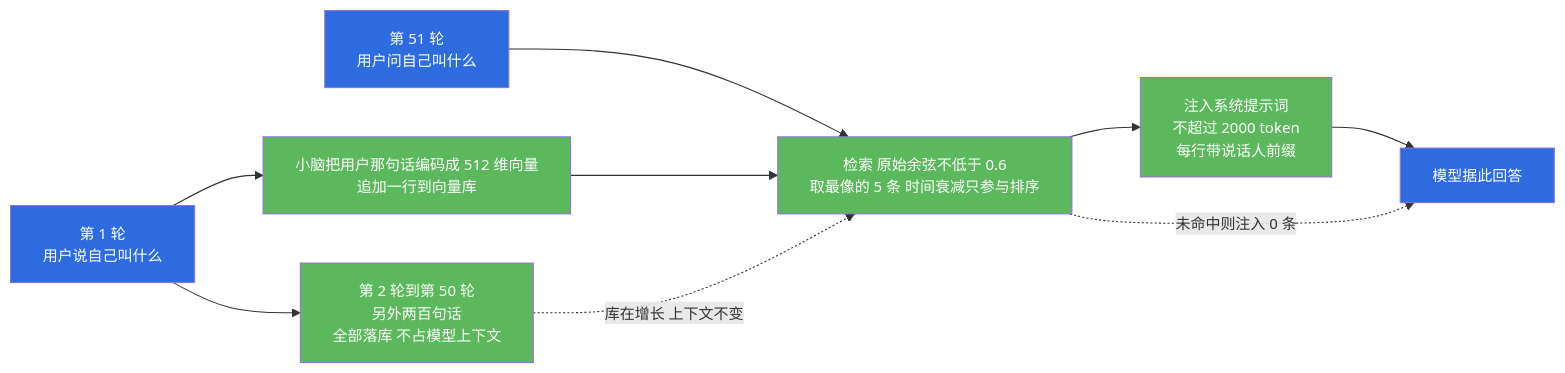
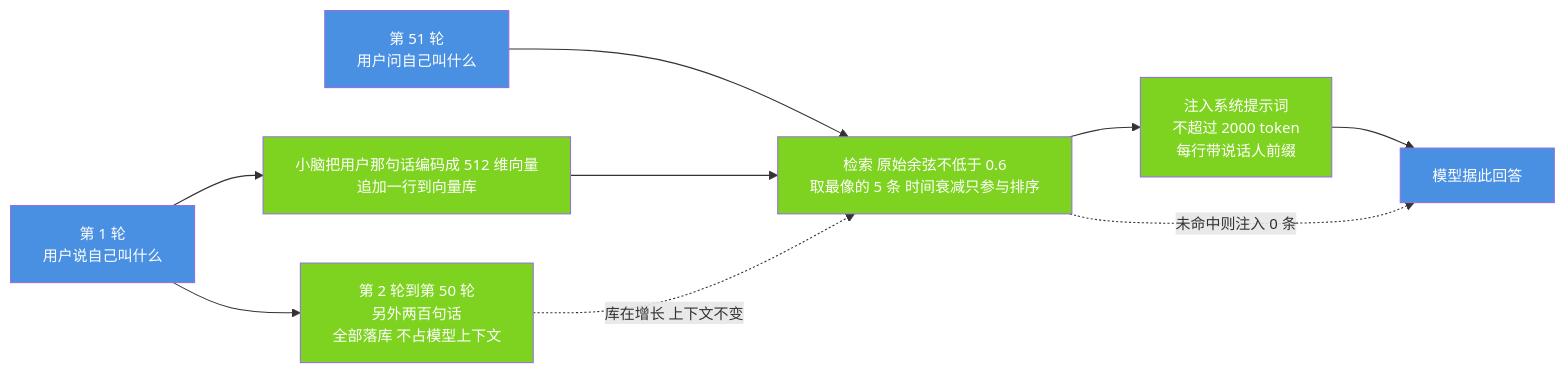
The third of 8 diagrams in docs/modules/02-six-infinity.md (jiangchuangege/xiaojiao-harnees), drawn with Mermaid before and after one commit. The commit also changed other lines of this file and 32 other files, not shown here.

Commit message:
统一：全仓原理图配色到一套调色板 + 给 12 张灰图补色 + 修正自己会睡那张过期图

````diff
--- a/docs/modules/02-six-infinity.md
+++ b/docs/modules/02-six-infinity.md
@@ -240,19 +240,19 @@
 ```mermaid
 %%{init: {"themeVariables": {"fontSize": "14px"}, "flowchart": {"htmlLabels": true, "wrappingWidth": 340, "nodeSpacing": 46, "rankSpacing": 64, "useMaxWidth": true}}}%%
 flowchart LR
     N1["第 1 轮<br/>用户说自己叫什么"] --> W["小脑把用户那句话编码成 512 维向量<br/>追加一行到向量库"]
     N1 --> N50["第 2 轮到第 50 轮<br/>另外两百句话<br/>全部落库 不占模型上下文"]
     Q["第 51 轮<br/>用户问自己叫什么"] --> R["检索 原始余弦不低于 0.6<br/>取最像的 5 条 时间衰减只参与排序"]
     W --> R
     N50 -.->|库在增长 上下文不变| R
     R --> INJ["注入系统提示词<br/>不超过 2000 token<br/>每行带说话人前缀"]
     INJ --> M["模型据此回答"]
     R -.->|未命中则注入 0 条| M
-    style N1 fill:#2d6cdf,color:#fff
-    style Q fill:#2d6cdf,color:#fff
-    style W fill:#5cb85c,color:#fff
-    style R fill:#5cb85c,color:#fff
-    style INJ fill:#5cb85c,color:#fff
-    style M fill:#2d6cdf,color:#fff
-    style N50 fill:#5cb85c,color:#fff
+    style N1 fill:#4A90E2,color:#fff
+    style Q fill:#4A90E2,color:#fff
+    style W fill:#7ED321,color:#fff
+    style R fill:#7ED321,color:#fff
+    style INJ fill:#7ED321,color:#fff
+    style M fill:#4A90E2,color:#fff
+    style N50 fill:#7ED321,color:#fff
 ```
````
